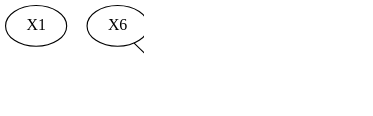
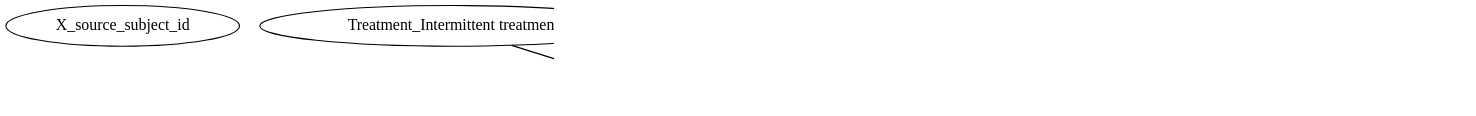
The diagram in causal_graphs/static_trial120_causal_graph.dot (EduardoBirchal/causal-discovery-clinical-trials), drawn with Graphviz before and after one commit. The commit also changed 6 other files, not shown here.

```diff
--- a/causal_graphs/static_trial120_causal_graph.dot
+++ b/causal_graphs/static_trial120_causal_graph.dot
@@ -1,18 +1,18 @@
 digraph {
 fontsize=18;
 dpi=200;
-0 [label=X1];
-1 [label=X2];
-2 [label=X3];
-3 [label=X4];
-4 [label=X5];
-5 [label=X6];
-6 [label=X7];
-7 [label=X8];
+0 [label="X_source_subject_id"];
+1 [label="YP_progression_free_survival_months"];
+2 [label="YP_pfs_event"];
+3 [label="YS_overall_survival_months"];
+4 [label="YS_overall_survival_event"];
+5 [label="Treatment_Intermittent treatment"];
+6 [label="X_melanoma_stage_M1b"];
+7 [label="X_melanoma_stage_M1c"];
 2 -> 1 [dir=both, arrowtail=none, arrowhead=normal];
 3 -> 1 [dir=both, arrowtail=none, arrowhead=normal];
 5 -> 1 [dir=both, arrowtail=none, arrowhead=normal];
 2 -> 4 [dir=both, arrowtail=none, arrowhead=normal];
 3 -> 4 [dir=both, arrowtail=none, arrowhead=normal];
 6 -> 7 [dir=both, arrowtail=none, arrowhead=none];
 }
```
